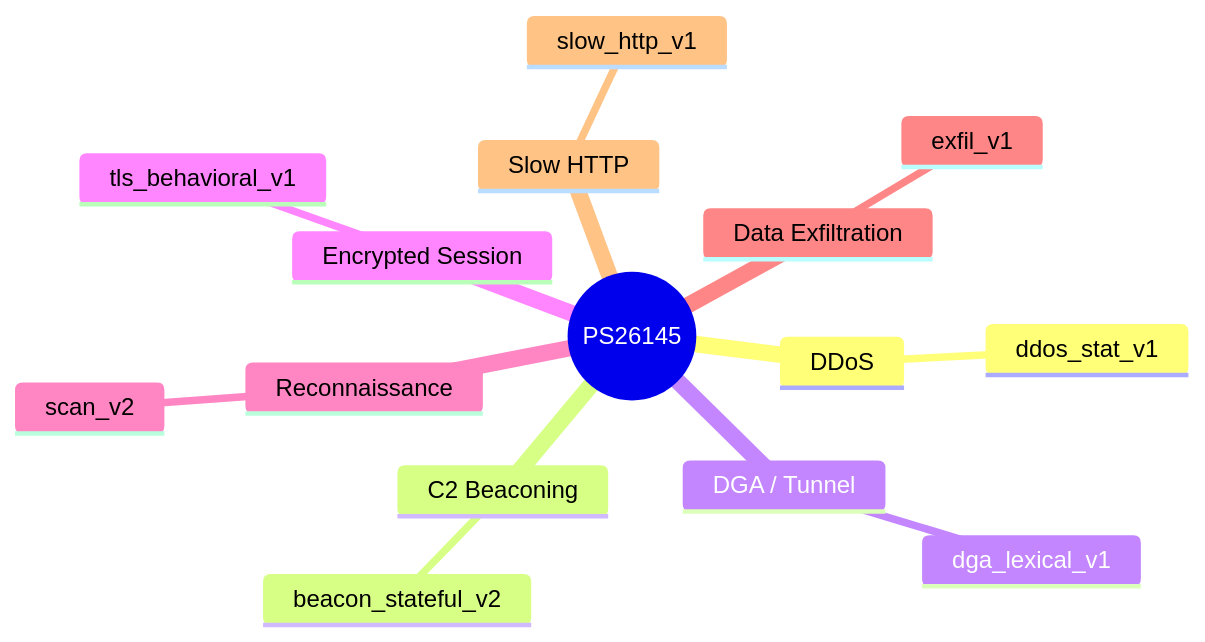
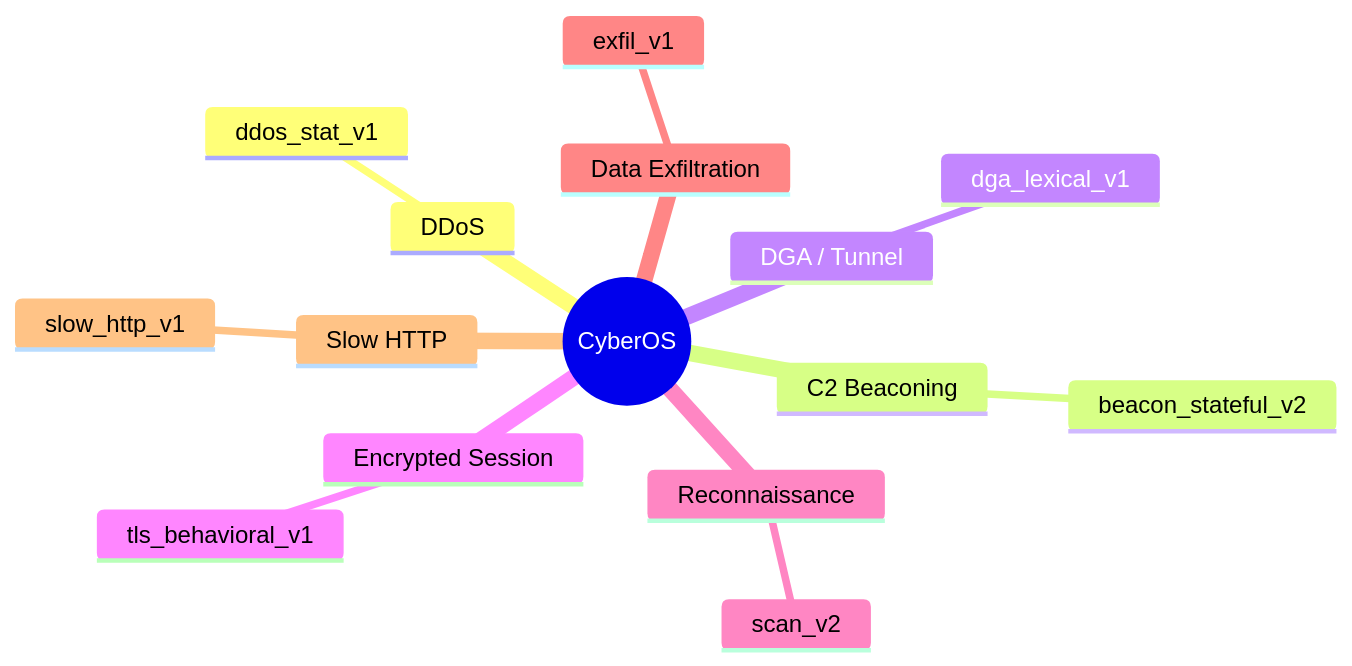
One commit to hotaro6754/CYBER-OS changed diagram 11 of 18 in presentation/CyberOS_MASTER_ENGINEERING_VALIDATION_DOSSIER.md. Above: the diagram before and after it, drawn with Mermaid. The commit also changed other lines of this file and 19 other files, not shown here.

Commit message:
Final HackSprint 2.0 Release Candidate: CyberOS Evidence-Driven Architecture & UI Fixes

````diff
--- a/presentation/CyberOS_MASTER_ENGINEERING_VALIDATION_DOSSIER.md
+++ b/presentation/CyberOS_MASTER_ENGINEERING_VALIDATION_DOSSIER.md
@@ -173,18 +173,18 @@
 ```mermaid
 mindmap
-  root((PS26145))
+  root((CyberOS))
     DDoS
       ddos_stat_v1
     C2 Beaconing
       beacon_stateful_v2
     DGA / Tunnel
       dga_lexical_v1
     Encrypted Session
       tls_behavioral_v1
     Reconnaissance
       scan_v2
     Data Exfiltration
       exfil_v1
     Slow HTTP
       slow_http_v1
 ```
````
